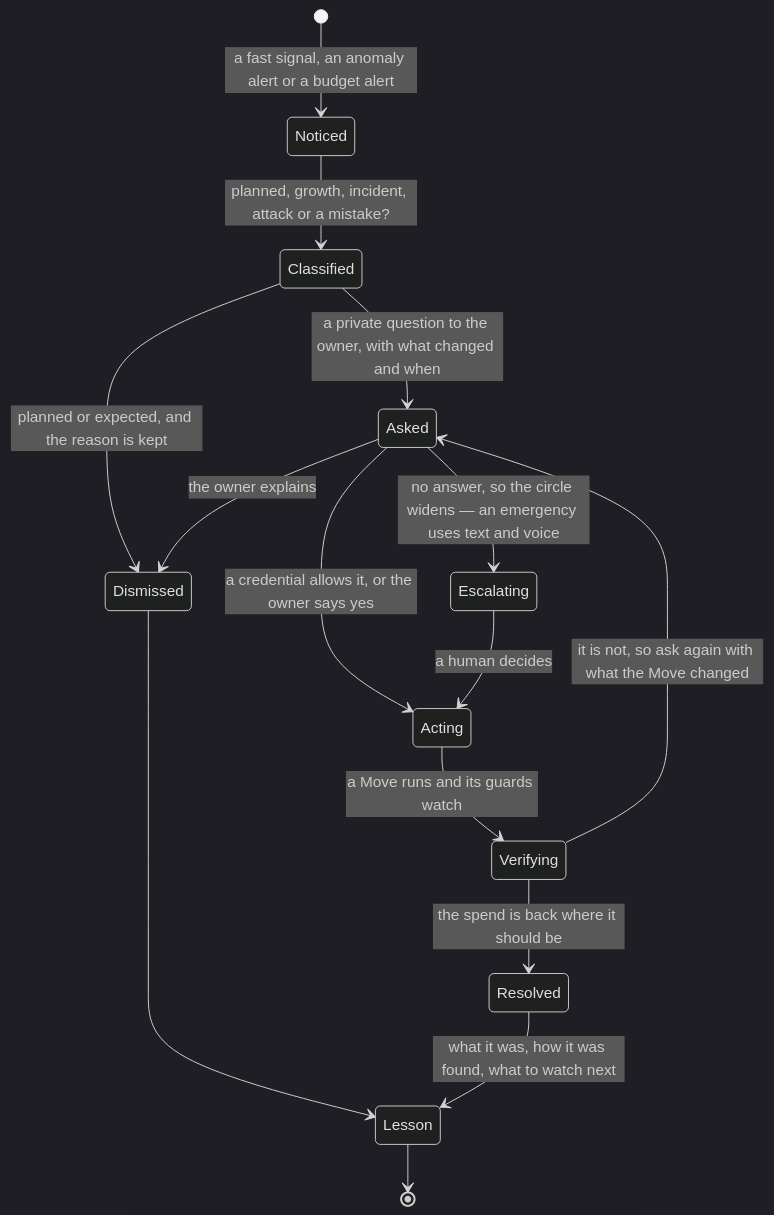
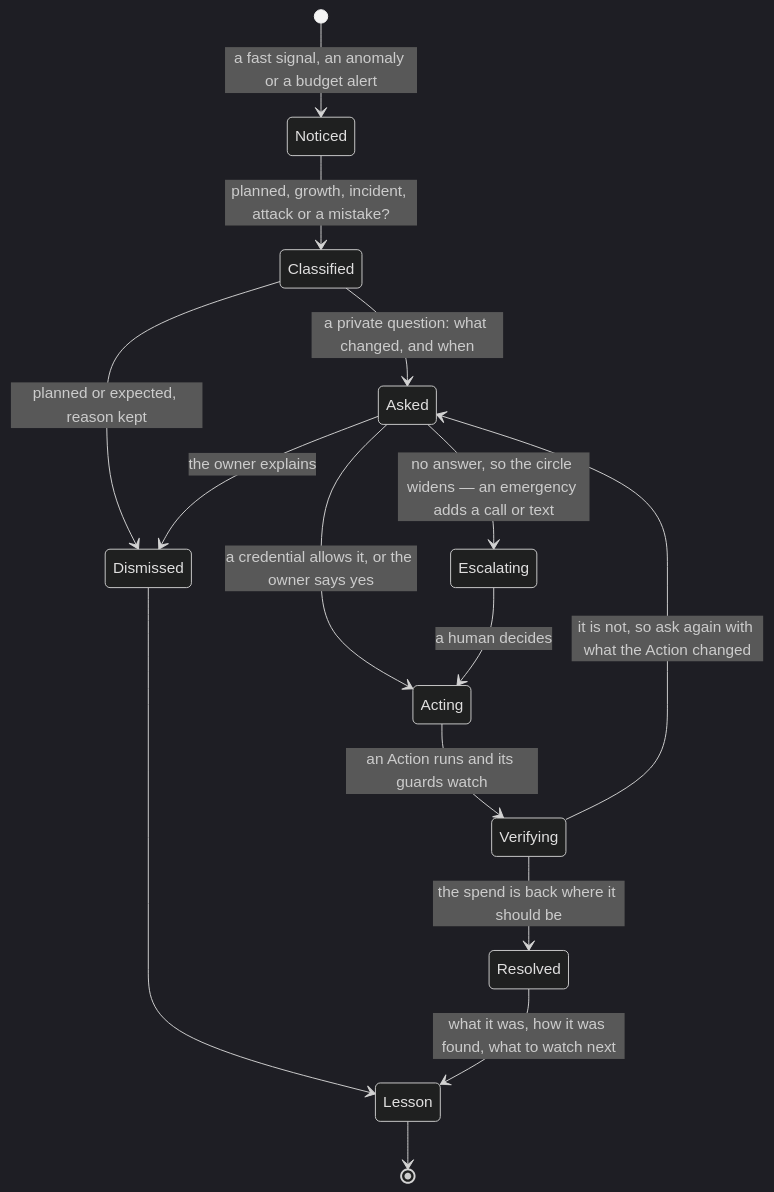
One commit to tinodo/meternaut changed the second of 2 diagrams in docs/06-people-and-conversation.md. Above: the diagram before and after it, drawn with Mermaid (dark theme). The commit also changed other lines of this file and 69 other files, not shown here.

````diff
--- a/docs/06-people-and-conversation.md
+++ b/docs/06-people-and-conversation.md
@@ -171,17 +160,17 @@
 ```mermaid
 stateDiagram-v2
-    [*] --> Noticed: a fast signal, an anomaly alert or a budget alert
+    [*] --> Noticed: a fast signal, an anomaly or a budget alert
     Noticed --> Classified: planned, growth, incident, attack or a mistake?
-    Classified --> Dismissed: planned or expected, and the reason is kept
-    Classified --> Asked: a private question to the owner, with what changed and when
+    Classified --> Dismissed: planned or expected, reason kept
+    Classified --> Asked: a private question: what changed, and when
     Asked --> Dismissed: the owner explains
     Asked --> Acting: a credential allows it, or the owner says yes
-    Asked --> Escalating: no answer, so the circle widens — an emergency uses text and voice
+    Asked --> Escalating: no answer, so the circle widens — an emergency adds a call or text
     Escalating --> Acting: a human decides
-    Acting --> Verifying: a Move runs and its guards watch
+    Acting --> Verifying: an Action runs and its guards watch
     Verifying --> Resolved: the spend is back where it should be
-    Verifying --> Asked: it is not, so ask again with what the Move changed
+    Verifying --> Asked: it is not, so ask again with what the Action changed
     Resolved --> Lesson: what it was, how it was found, what to watch next
     Dismissed --> Lesson
     Lesson --> [*]
 ```
````
